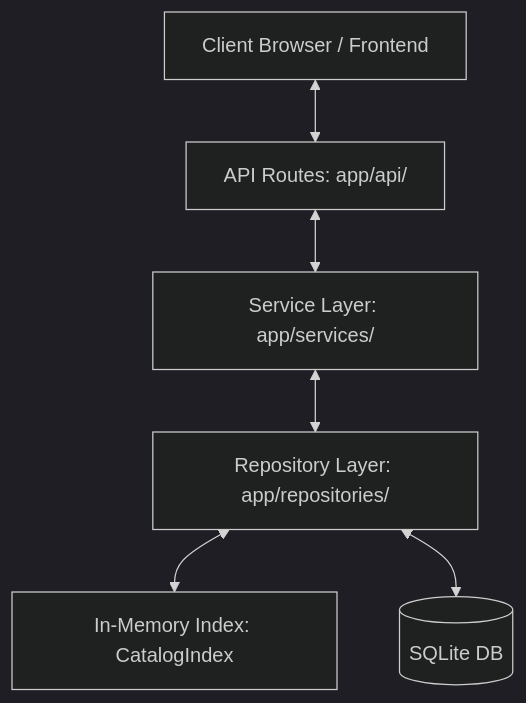
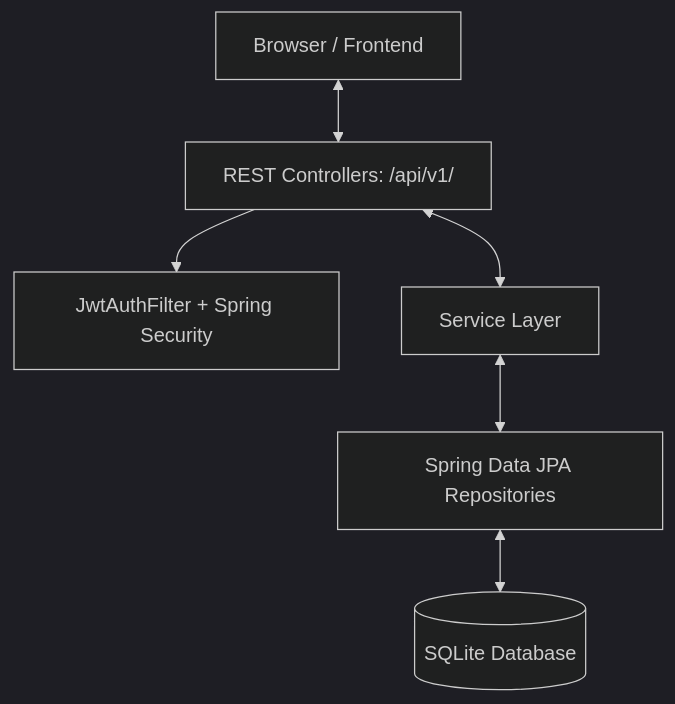
Before and after one commit to aryanmish96-cloud/LibTrack-Library-Management-System-: the diagram in README.md, drawn with Mermaid (dark theme). The commit also changed other lines of this file, not shown here.

First line of the commit message:
docs: fully rewrite README for Spring Boot 3.3 + Java 21

````diff
--- a/README.md
+++ b/README.md
@@ -22,8 +26,8 @@
 ```mermaid
 graph TD
-    Client[Client Browser / Frontend] <--> API[API Routes: app/api/]
-    API <--> Service[Service Layer: app/services/]
-    Service <--> Repo[Repository Layer: app/repositories/]
-    Repo <--> Cache[In-Memory Index: CatalogIndex]
-    Repo <--> DB[(SQLite DB)]
+    Client[Browser / Frontend] <--> Controller[REST Controllers: /api/v1/]
+    Controller --> Security[JwtAuthFilter + Spring Security]
+    Controller <--> Service[Service Layer]
+    Service <--> Repo[Spring Data JPA Repositories]
+    Repo <--> DB[(SQLite Database)]
 ```
````
